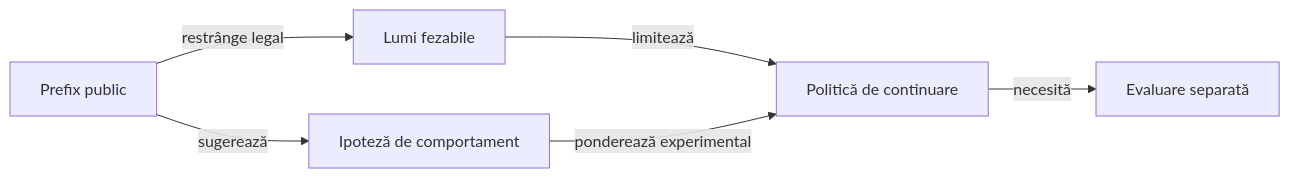
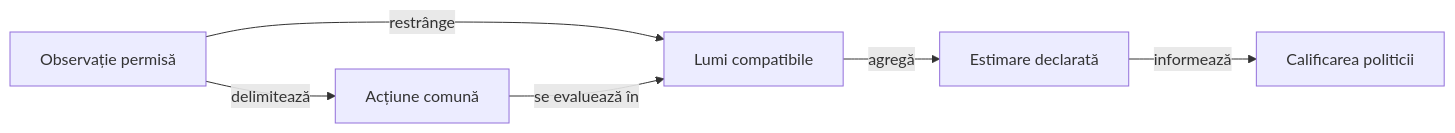
Before and after one commit to crististefanita/atf_j4: the diagram in whist-lab-app/ai-lab/experiments/round12-rejected-information/README.md, drawn with Mermaid. The commit also changed other lines of this file and 30 other files, not shown here.

````diff
--- a/whist-lab-app/ai-lab/experiments/round12-rejected-information/README.md
+++ b/whist-lab-app/ai-lab/experiments/round12-rejected-information/README.md
@@ -9,8 +11,8 @@
 ```mermaid
 flowchart LR
-PUBLIC[Prefix public] -->|restrânge legal| FEASIBLE[Lumi fezabile]
-PUBLIC -->|sugerează| LIKELIHOOD[Ipoteză de comportament]
-FEASIBLE -->|limitează| PLAN[Politică de continuare]
-LIKELIHOOD -->|ponderează experimental| PLAN
-PLAN -->|necesită| EVAL[Evaluare separată]
+    PUBLIC[Observație permisă] -->|restrânge| WORLDS[Lumi compatibile]
+    PUBLIC -->|delimitează| ACTION[Acțiune comună]
+    ACTION -->|se evaluează în| WORLDS
+    WORLDS -->|agregă| VALUE[Estimare declarată]
+    VALUE -->|informează| REVIEW[Calificarea politicii]
 ```
````
